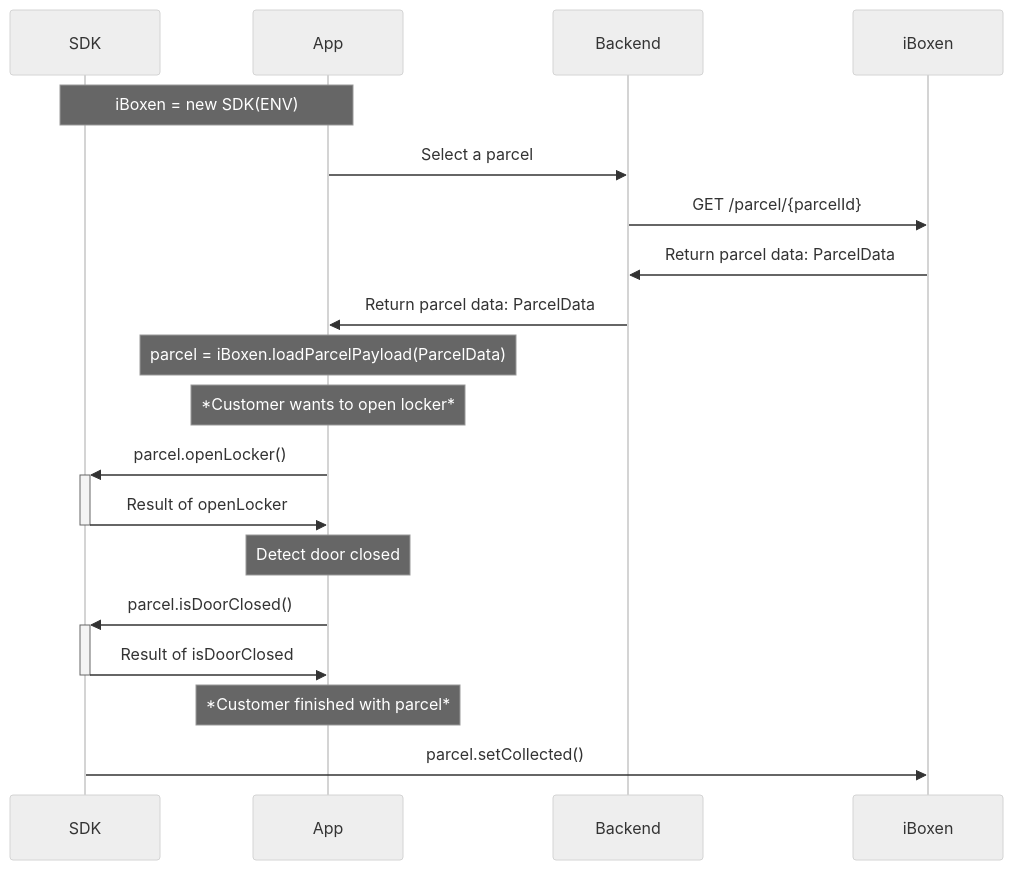
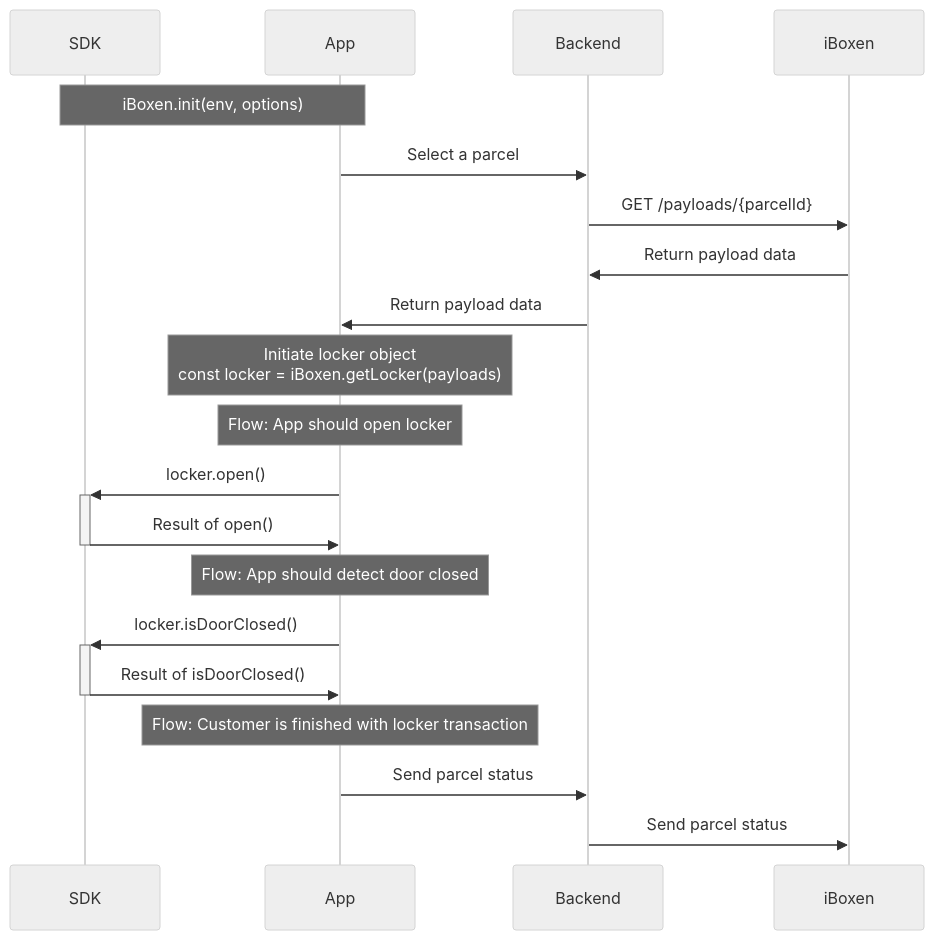
Before and after one commit to iBoxen/QiD-SDK: the diagram in v1.0.1/reactnative/open-locker-flow.mmd, drawn with Mermaid (neutral theme). The commit also changed 2 other files, not shown here.

Commit message:
update mermaid chart

````diff
--- a/v1.0.1/reactnative/open-locker-flow.mmd
+++ b/v1.0.1/reactnative/open-locker-flow.mmd
@@ -1,22 +1,24 @@
 ```mermaid
 sequenceDiagram
-    note over SDK, App: iBoxen = new SDK(ENV)
+    note over SDK, App: iBoxen.init(env, options)
 
     App->>Backend: Select a parcel
-    Backend->>iBoxen: GET /parcel/{parcelId}
-    iBoxen->>Backend: Return parcel data: ParcelData
+    Backend->>iBoxen: GET /payloads/{parcelId}
+    iBoxen->>Backend: Return payload data
 
-    Backend->>App: Return parcel data: ParcelData 
-    note over App: parcel = iBoxen.loadParcelPayload(ParcelData)
-    note over App: *Customer wants to open locker*
-    App->>+SDK: parcel.openLocker()
-    SDK->>-App: Result of openLocker
+    Backend->>App: Return payload data
+    note over App: Initiate locker object<br>const locker = iBoxen.getLocker(payloads)
+    
+    note over App: Flow: App should open locker
+    App->>+SDK: locker.open()
+    SDK->>-App: Result of open()
 
-    note over App: Detect door closed
+    note over App: Flow: App should detect door closed
 
-    App->>+SDK: parcel.isDoorClosed()
-    SDK->>-App: Result of isDoorClosed
+    App->>+SDK: locker.isDoorClosed()
+    SDK->>-App: Result of isDoorClosed()
 
-    note over App: *Customer finished with parcel*
-    SDK->>iBoxen: parcel.setCollected()
+    note over App: Flow: Customer is finished with locker transaction
+    App->>Backend: Send parcel status
+    Backend->>iBoxen: Send parcel status
 ```
````
